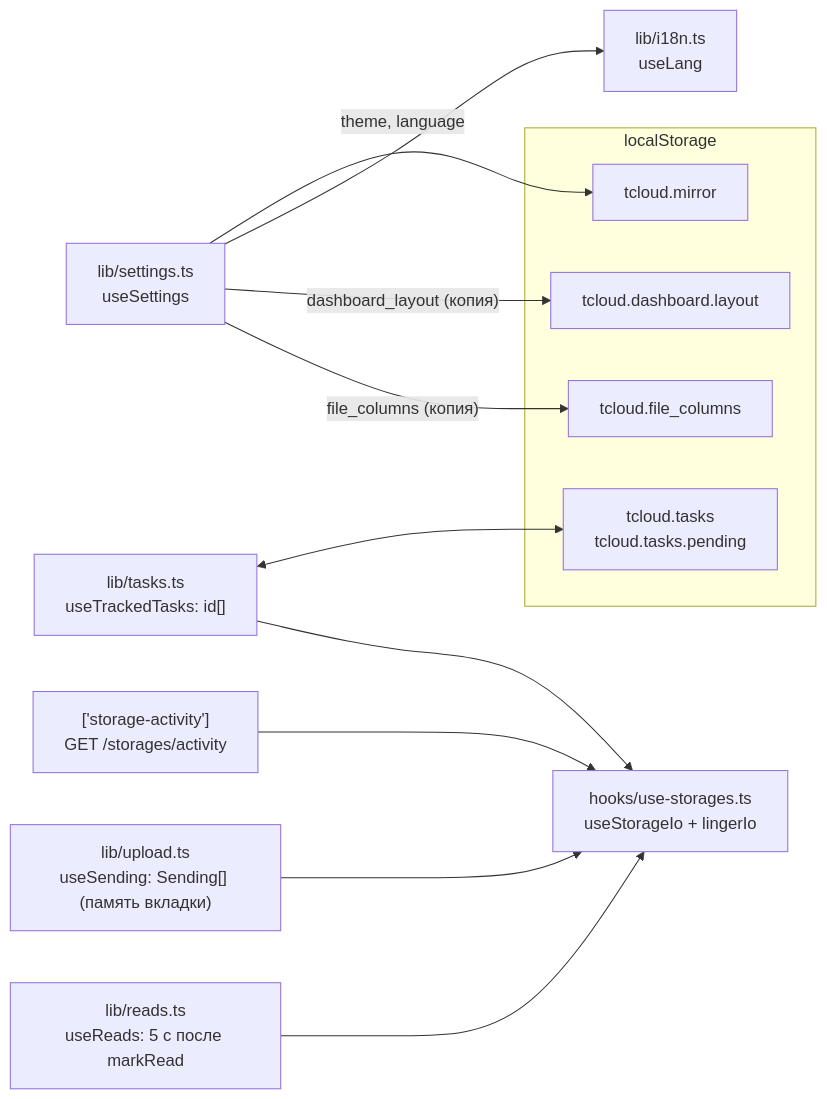
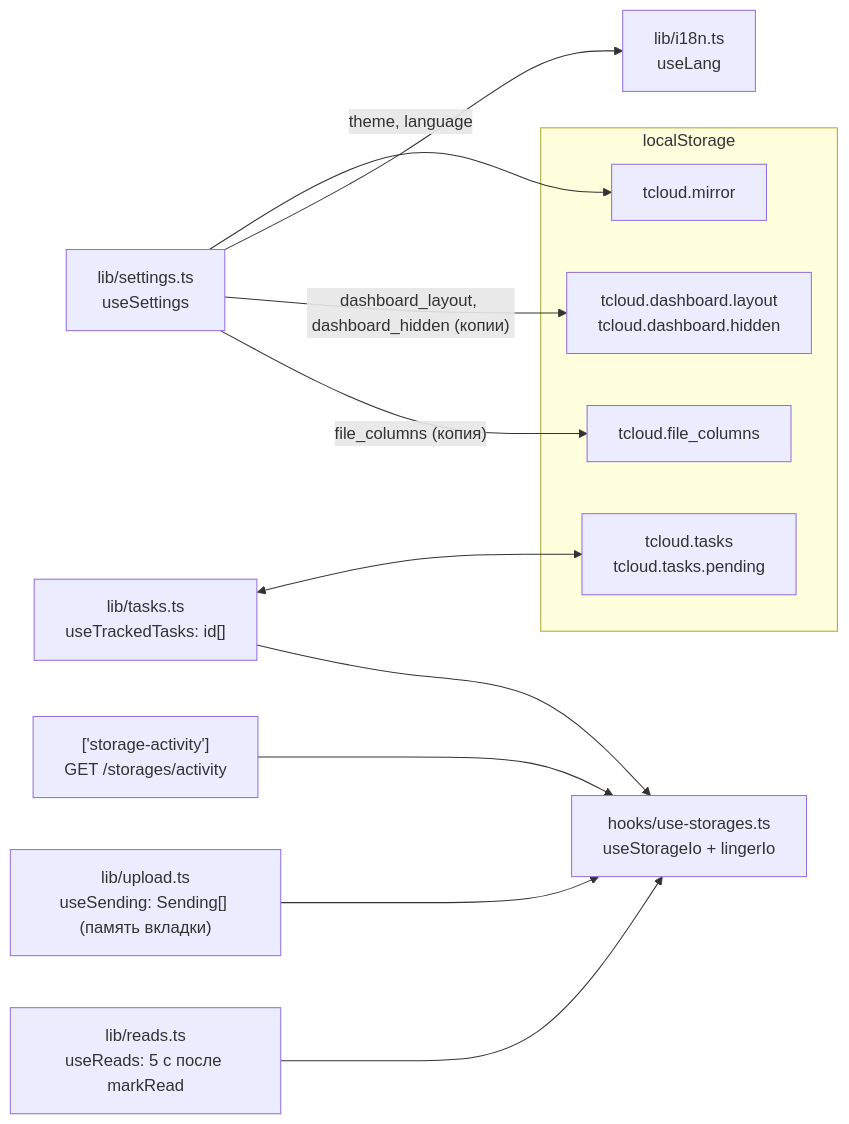
The second of 5 diagrams in docs/data-flow.md (NikitkaZXC/tcloud-frontend), drawn with Mermaid before and after one commit. The commit also changed other lines of this file and 9 other files, not shown here.

Commit message:
feat: show/hide dashboard blocks in layout edit mode, saved as interface.dashboard_hidden; activity map toggle moves out of Settings

````diff
--- a/docs/data-flow.md
+++ b/docs/data-flow.md
@@ -101,22 +101,22 @@
 ```mermaid
 flowchart LR
     subgraph ls["localStorage"]
         tasksLs["tcloud.tasks<br/>tcloud.tasks.pending"]
         mirror["tcloud.mirror"]
-        layout["tcloud.dashboard.layout"]
+        layout["tcloud.dashboard.layout<br/>tcloud.dashboard.hidden"]
         cols["tcloud.file_columns"]
     end
     settings["lib/settings.ts<br/>useSettings"] -- "theme, language" --> mirror
     tasks["lib/tasks.ts<br/>useTrackedTasks: id[]"] <--> tasksLs
     sending["lib/upload.ts<br/>useSending: Sending[] (память вкладки)"]
     reads["lib/reads.ts<br/>useReads: 5 с после markRead"]
     lang["lib/i18n.ts<br/>useLang"]
     io["hooks/use-storages.ts<br/>useStorageIo + lingerIo"]
     srvIo["['storage-activity']<br/>GET /storages/activity"] --> io
     sending --> io
     tasks --> io
     reads --> io
     settings --> lang
-    settings -- "dashboard_layout (копия)" --> layout
+    settings -- "dashboard_layout, dashboard_hidden (копии)" --> layout
     settings -- "file_columns (копия)" --> cols
 ```
````
